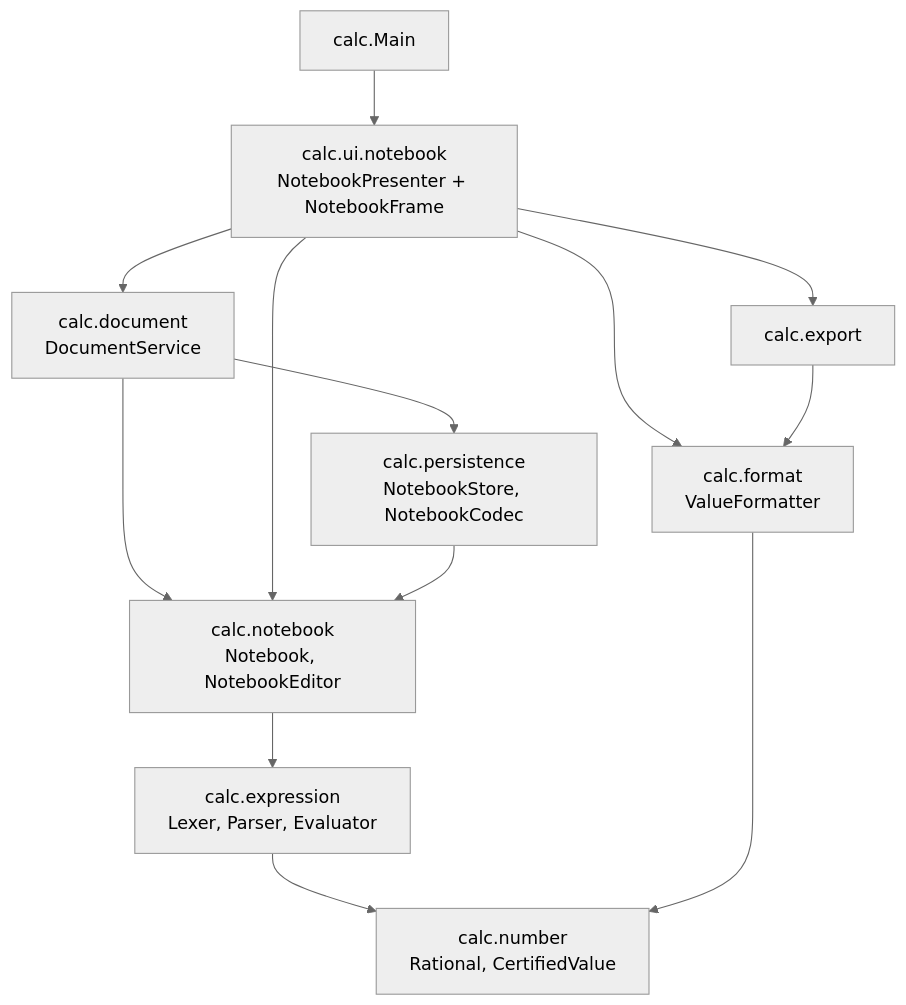
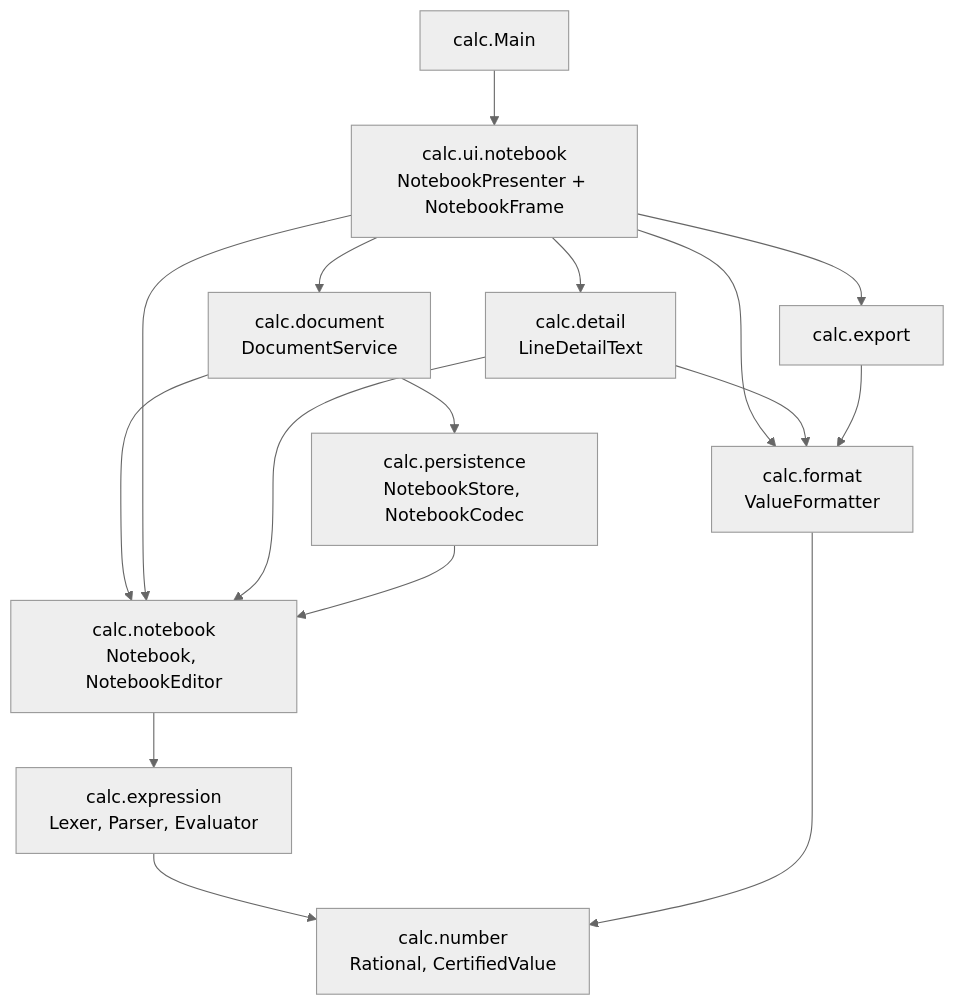
Before and after one commit to TGDev2/exacte: the diagram in docs/ARCHITECTURE.md, drawn with Mermaid (neutral theme). The commit also changed other lines of this file and 1 other file, not shown here.

Commit message:
docs: describe the detail of the active line

````diff
--- a/docs/ARCHITECTURE.md
+++ b/docs/ARCHITECTURE.md
@@ -27,15 +28,18 @@
 ```mermaid
 flowchart TD
     Main[calc.Main] --> UI[calc.ui.notebook<br/>NotebookPresenter + NotebookFrame]
     UI --> Doc[calc.document<br/>DocumentService]
     UI --> Exp[calc.export]
     Doc --> Pers[calc.persistence<br/>NotebookStore, NotebookCodec]
     Doc --> NB[calc.notebook<br/>Notebook, NotebookEditor]
     UI --> NB
     UI --> Fmt[calc.format<br/>ValueFormatter]
+    UI --> Det[calc.detail<br/>LineDetailText]
+    Det --> NB
+    Det --> Fmt
     Exp --> Fmt
     NB --> Expr[calc.expression<br/>Lexer, Parser, Evaluator]
     Pers --> NB
     Expr --> Num[calc.number<br/>Rational, CertifiedValue]
     Fmt --> Num
 ```
````
